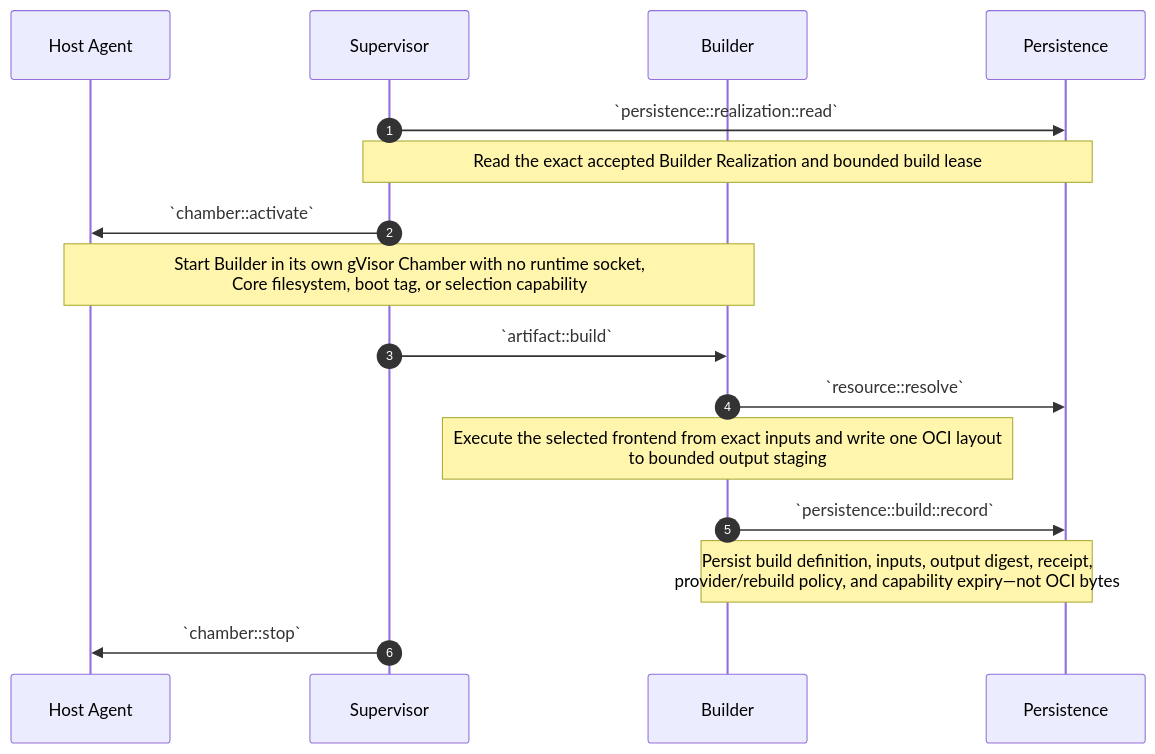
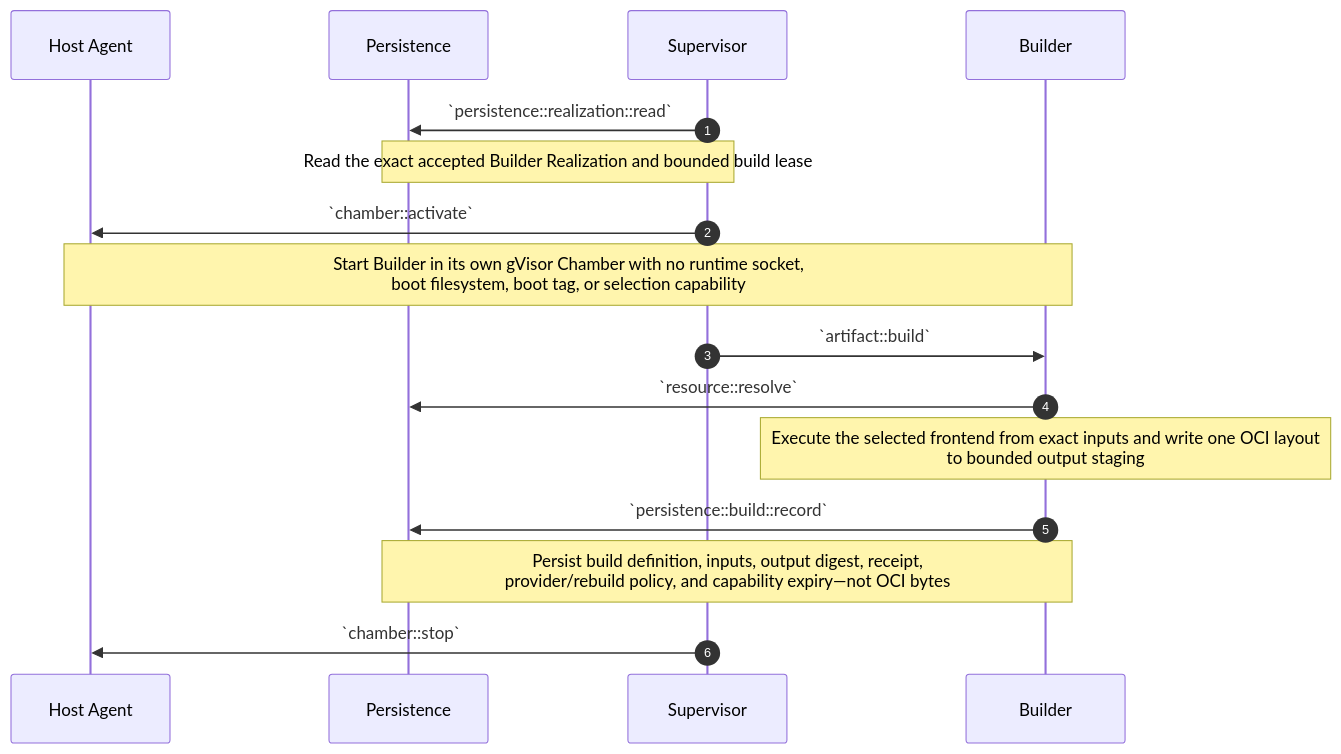
Before and after one commit to dreamcatcher-tech/chambers-lifecycle-explorer: the tenth of 15 diagrams in source/chambers-lifecycle-sequences.md, drawn with Mermaid. The commit also changed other lines of this file and 9 other files, not shown here.

````diff
--- a/source/chambers-lifecycle-sequences.md
+++ b/source/chambers-lifecycle-sequences.md
@@ -1044,19 +1151,19 @@
 ```mermaid
 sequenceDiagram
     autonumber
     participant HostAgent as Host Agent
+    participant Persistence
     participant Supervisor
     participant Builder
-    participant Persistence
 
     Supervisor->>Persistence: `persistence::realization::read`
     Note over Supervisor,Persistence: Read the exact accepted Builder Realization and bounded build lease
     Supervisor->>HostAgent: `chamber::activate`
-    Note over HostAgent,Builder: Start Builder in its own gVisor Chamber with no runtime socket,<br/>Core filesystem, boot tag, or selection capability
+    Note over HostAgent,Builder: Start Builder in its own gVisor Chamber with no runtime socket,<br/>boot filesystem, boot tag, or selection capability
     Supervisor->>Builder: `artifact::build`
     Builder->>Persistence: `resource::resolve`
     Note over Builder: Execute the selected frontend from exact inputs and write one OCI layout<br/>to bounded output staging
     Builder->>Persistence: `persistence::build::record`
     Note over Builder,Persistence: Persist build definition, inputs, output digest, receipt,<br/>provider/rebuild policy, and capability expiry—not OCI bytes
     Supervisor->>HostAgent: `chamber::stop`
 ```
````
